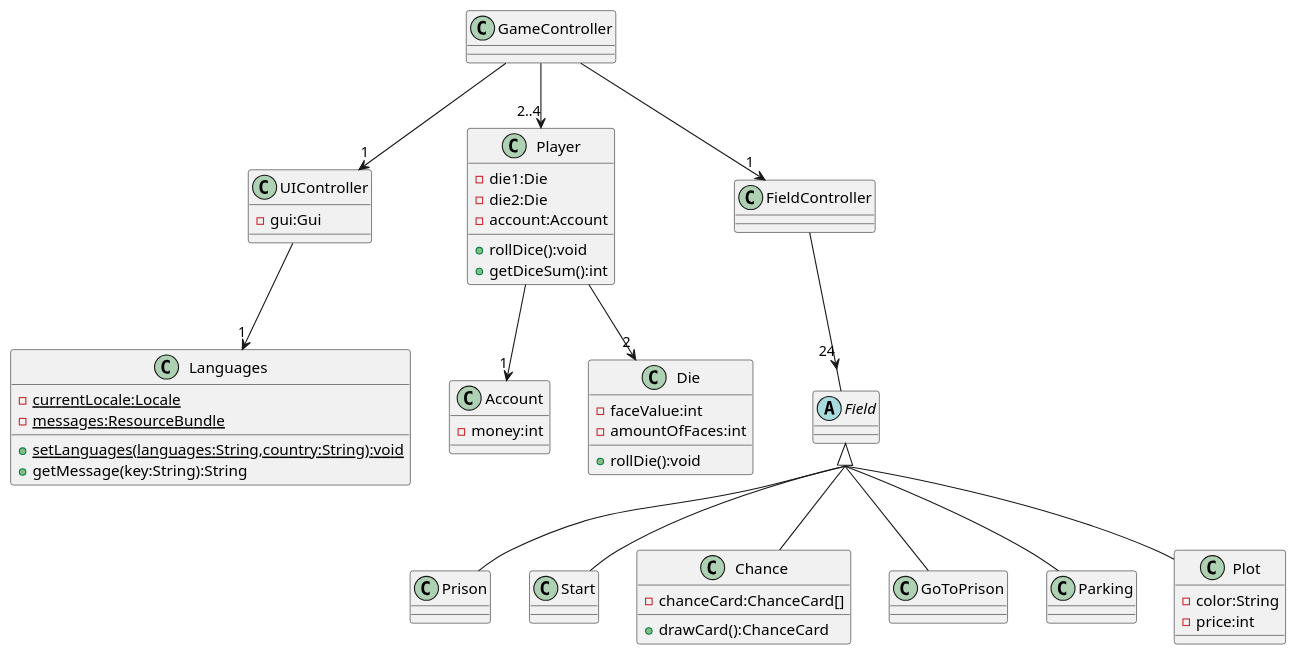
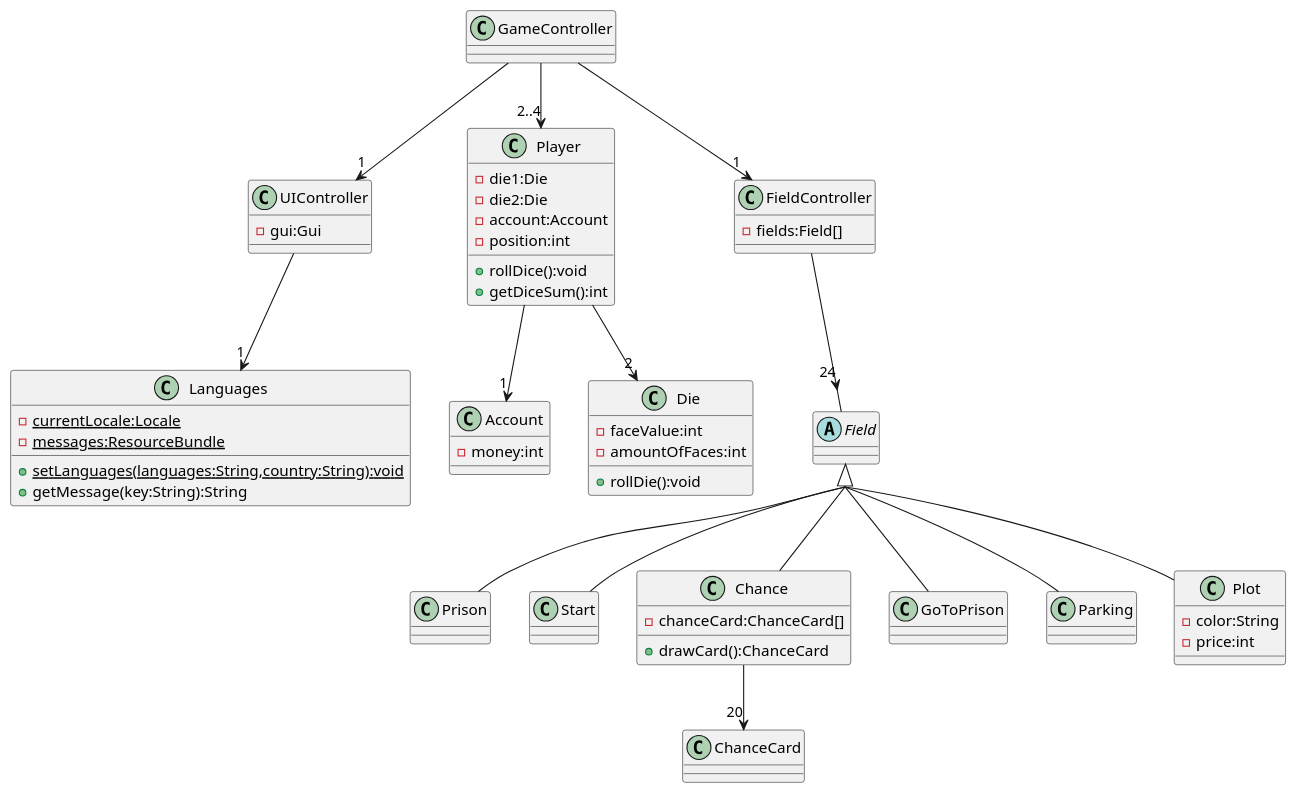
Before and after one commit to DTUgruppe15/15_del3: the diagram in src/UML/CDIO3ClassDiagram.puml, drawn with PlantUML.

```diff
--- a/src/UML/CDIO3ClassDiagram.puml
+++ b/src/UML/CDIO3ClassDiagram.puml
@@ -1,64 +1,70 @@
 @startuml
 'https://plantuml.com/class-diagram
 skinparam groupInheritance 2
 
 abstract class Field
 class Prison
 class Start
 class Chance{
     -chanceCard:ChanceCard[]
     +drawCard():ChanceCard
 }
 class GoToPrison
 class Parking
 class Plot{
     -color:String
     -price:int
 }
 
 Field <|-- Prison
 Field <|-- Start
 Field <|-- Chance
 Field <|-- GoToPrison
 Field <|-- Parking
 Field <|-- Plot
 
 class UIController{
     -gui:Gui
 }
 class Player{
     -die1:Die
     -die2:Die
     -account:Account
+    -position:int
     +rollDice():void
     +getDiceSum():int
 }
+class ChanceCard{
+
+}
+
 class Account{
     -money:int
 }
 class Die{
     -faceValue:int
     -amountOfFaces:int
     +rollDie():void
 }
-class FieldController
+class FieldController {
+    -fields:Field[]
+}
 class GameController
 
 Player -->"2" Die
 Player -->"1" Account
 GameController -->"2..4" Player
 GameController -->"1" FieldController
 FieldController -->"24" Field
 GameController -->"1" UIController
 UIController -->"1" Languages
+Chance -->"20" ChanceCard
 
 class Languages{
     {static}-currentLocale:Locale
     {static}-messages:ResourceBundle
     {static}+setLanguages(languages:String,country:String):void
     +getMessage(key:String):String
 }
 
-
-
 @enduml
```
